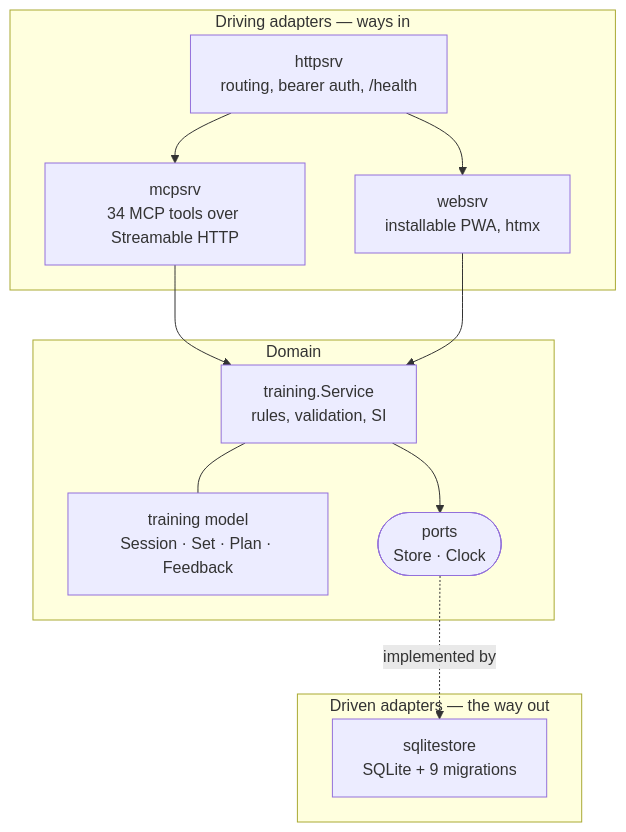
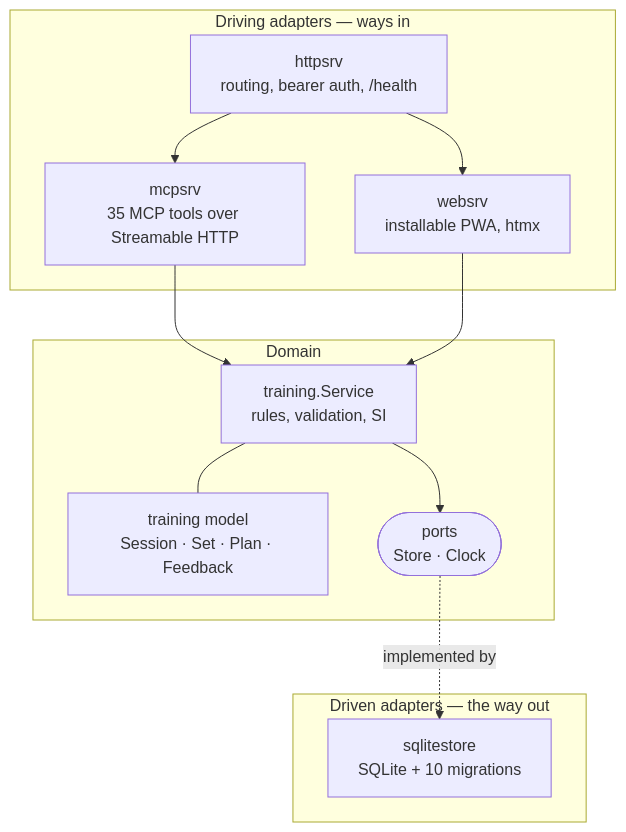
One commit to FullFran/training-mcp changed the diagram in docs/architecture.md. Above: the diagram before and after it, drawn with Mermaid. The commit also changed other lines of this file and 14 other files, not shown here.

````diff
--- a/docs/architecture.md
+++ b/docs/architecture.md
@@ -13,26 +13,26 @@
 ```mermaid
 flowchart TB
     subgraph driving["Driving adapters — ways in"]
-        MCP["mcpsrv<br/>34 MCP tools over Streamable HTTP"]
+        MCP["mcpsrv<br/>35 MCP tools over Streamable HTTP"]
         WEB["websrv<br/>installable PWA, htmx"]
         HTTP["httpsrv<br/>routing, bearer auth, /health"]
     end
 
     subgraph core["Domain"]
         SVC["training.Service<br/>rules, validation, SI"]
         MODEL["training model<br/>Session · Set · Plan · Feedback"]
         PORTS(["ports<br/>Store · Clock"])
     end
 
     subgraph driven["Driven adapters — the way out"]
-        SQL["sqlitestore<br/>SQLite + 9 migrations"]
+        SQL["sqlitestore<br/>SQLite + 10 migrations"]
     end
 
     HTTP --> MCP
     HTTP --> WEB
     MCP --> SVC
     WEB --> SVC
     SVC --- MODEL
     SVC --> PORTS
     PORTS -.implemented by.-> SQL
 ```
````
